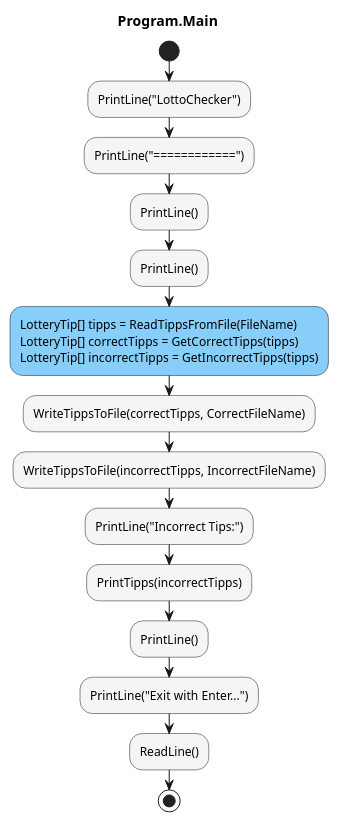
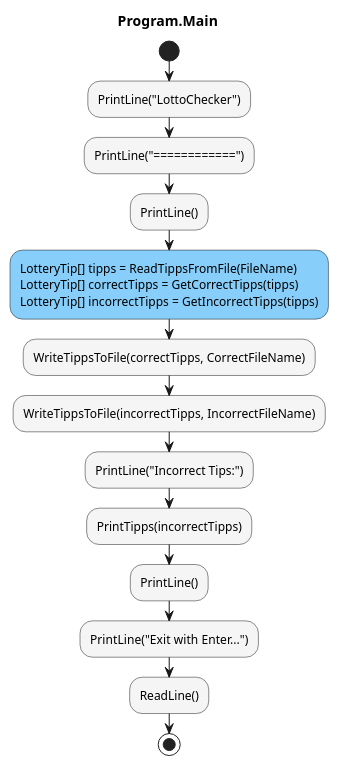
One commit to leoggehrer/2324-34_ABIF_ACIF_POSE changed the diagram in LotteryChecker.ConApp/diagrams/ac_Program_Main.puml. Above: the diagram before and after it, drawn with PlantUML. The commit also changed 6 other files, not shown here.

Commit message:
Generated diagrams.

```diff
--- a/LotteryChecker.ConApp/diagrams/ac_Program_Main.puml
+++ b/LotteryChecker.ConApp/diagrams/ac_Program_Main.puml
@@ -1,19 +1,18 @@
 @startuml Program.Main
 title Program.Main
 start
 #WhiteSmoke:PrintLine("LottoChecker");
 #WhiteSmoke:PrintLine("============");
-#WhiteSmoke:PrintLine();
 #WhiteSmoke:PrintLine();
 #LightSkyBlue:LotteryTip[] tipps = ReadTippsFromFile(FileName)
 LotteryTip[] correctTipps = GetCorrectTipps(tipps)
 LotteryTip[] incorrectTipps = GetIncorrectTipps(tipps);
 #WhiteSmoke:WriteTippsToFile(correctTipps, CorrectFileName);
 #WhiteSmoke:WriteTippsToFile(incorrectTipps, IncorrectFileName);
 #WhiteSmoke:PrintLine("Incorrect Tips:");
 #WhiteSmoke:PrintTipps(incorrectTipps);
 #WhiteSmoke:PrintLine();
 #WhiteSmoke:PrintLine("Exit with Enter...");
 #WhiteSmoke:ReadLine();
 stop
 @enduml
```
